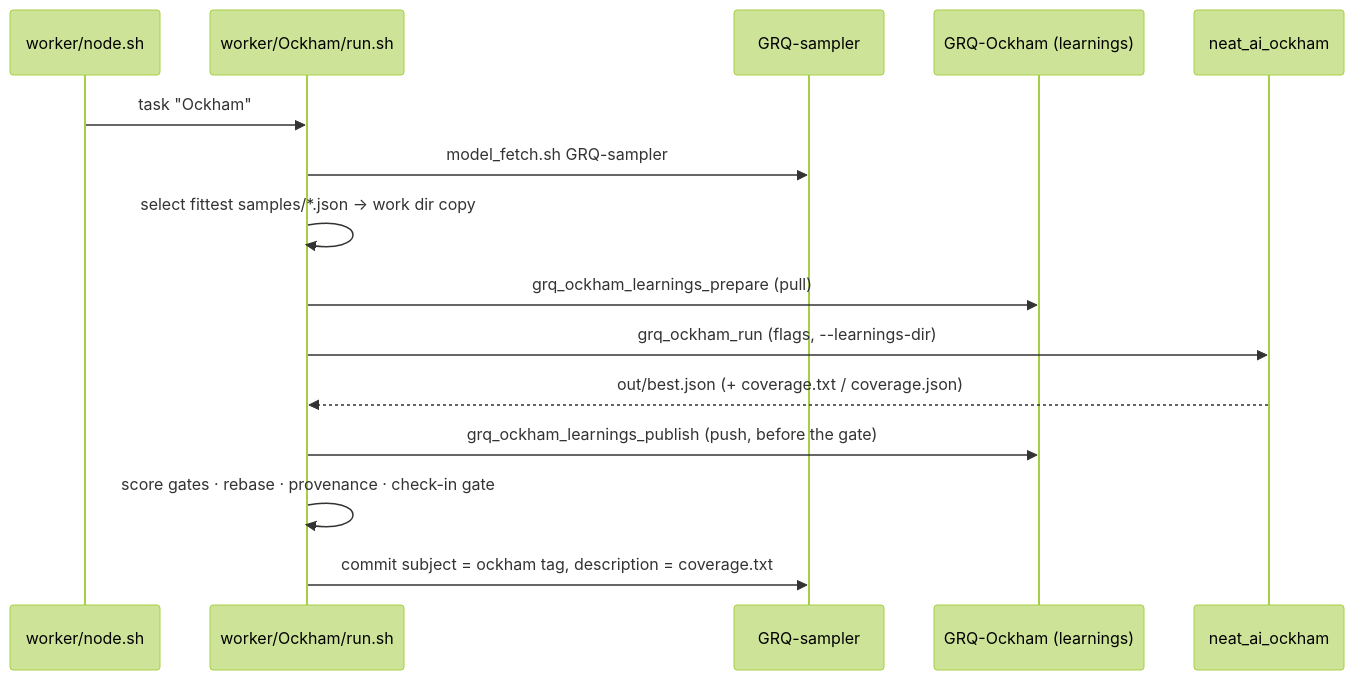
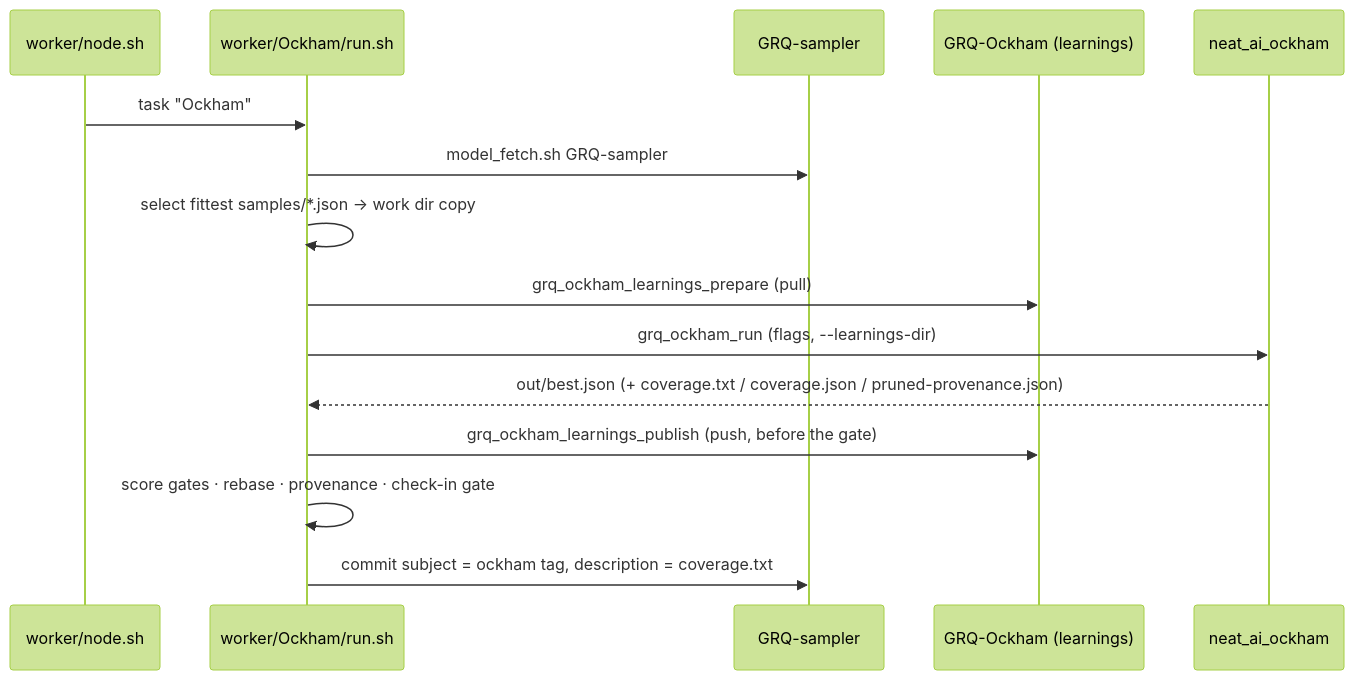
Before and after one commit to stSoftwareAU/NEAT-AI-Ockham: the first of 3 diagrams in docs/grq-integration.md, drawn with Mermaid (forest theme). The commit also changed other lines of this file and 19 other files, not shown here.

````diff
--- a/docs/grq-integration.md
+++ b/docs/grq-integration.md
@@ -18,18 +24,18 @@
 ```mermaid
 sequenceDiagram
     participant N as worker/node.sh
     participant R as worker/Ockham/run.sh
     participant S as GRQ-sampler
     participant L as GRQ-Ockham (learnings)
     participant O as neat_ai_ockham
 
     N->>R: task "Ockham"
     R->>S: model_fetch.sh GRQ-sampler
     R->>R: select fittest samples/*.json → work dir copy
     R->>L: grq_ockham_learnings_prepare (pull)
     R->>O: grq_ockham_run (flags, --learnings-dir)
-    O-->>R: out/best.json (+ coverage.txt / coverage.json)
+    O-->>R: out/best.json (+ coverage.txt / coverage.json / pruned-provenance.json)
     R->>L: grq_ockham_learnings_publish (push, before the gate)
     R->>R: score gates · rebase · provenance · check-in gate
     R->>S: commit subject = ockham tag, description = coverage.txt
 ```
````
